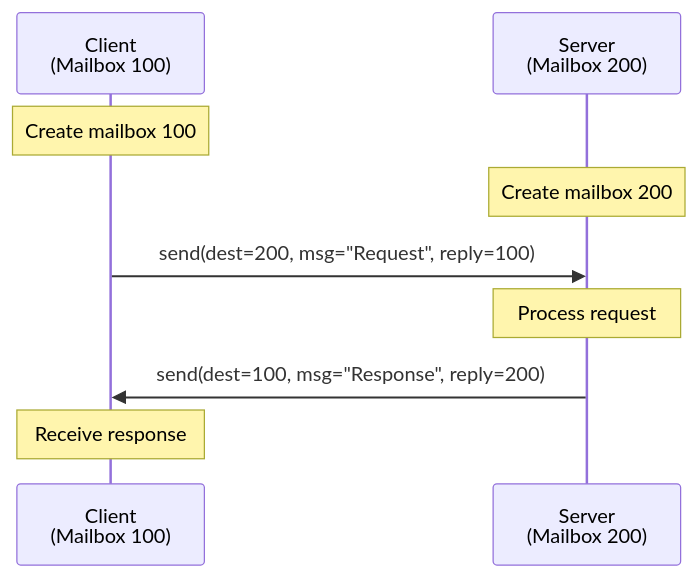
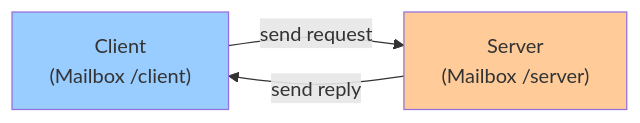
Before and after one commit to MoussaabBadla/interprocess-communication: the second of 6 diagrams in ipc_crash_course.md, drawn with Mermaid. The commit also changed other lines of this file, not shown here.

````diff
--- a/ipc_crash_course.md
+++ b/ipc_crash_course.md
@@ -730,15 +144,8 @@
 ```mermaid
-sequenceDiagram
-    participant C as Client<br/>(Mailbox 100)
-    participant S as Server<br/>(Mailbox 200)
+graph LR
+    C["Client<br/>(Mailbox /client)"] -->|send request| S["Server<br/>(Mailbox /server)"]
+    S -->|send reply| C
 
-    Note over C: Create mailbox 100
-    Note over S: Create mailbox 200
-
-    C->>S: send(dest=200, msg="Request", reply=100)
-    Note over S: Process request
-
-    S->>C: send(dest=100, msg="Response", reply=200)
-
-    Note over C: Receive response
+    style C fill:#9cf
+    style S fill:#fc9
 ```
````
